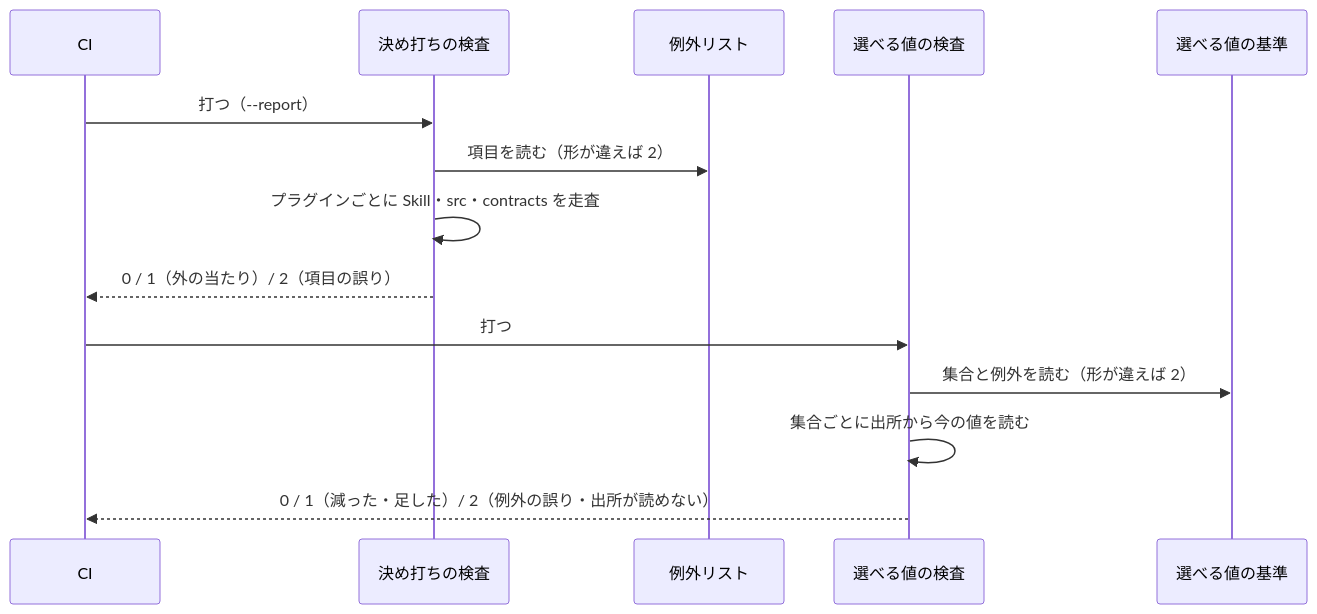
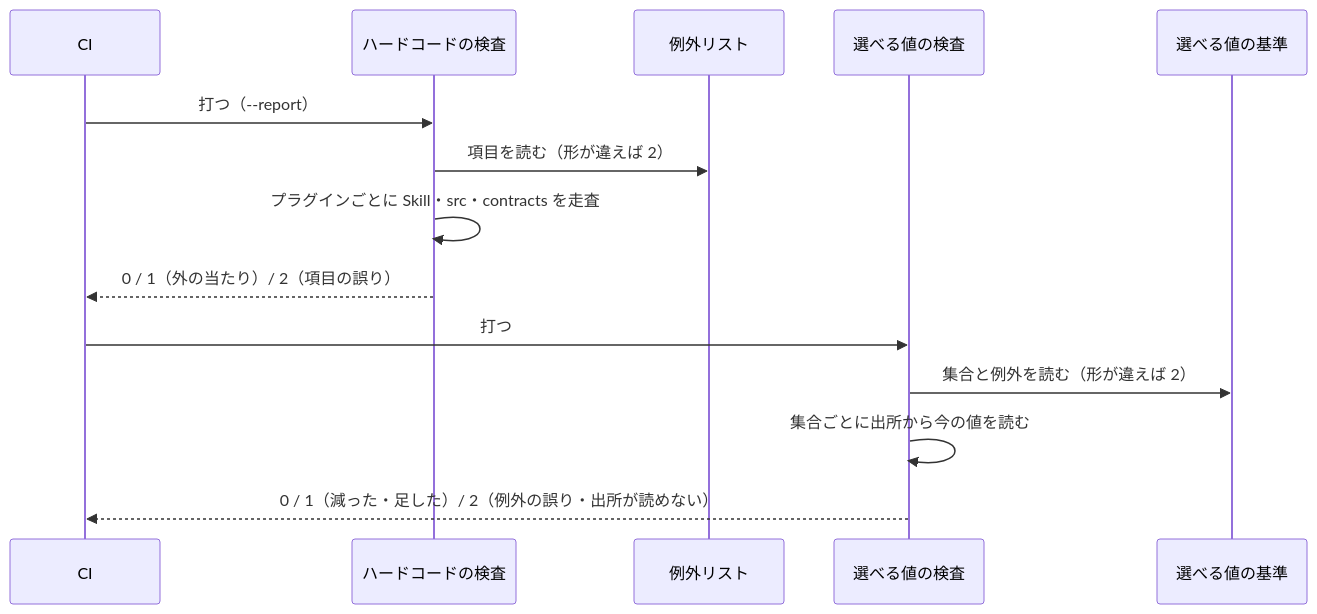
The second of 4 diagrams in issues/issue-3617-design.md (devbasex/ai-plugins), drawn with Mermaid before and after one commit. The commit also changed other lines of this file and 1 other file, not shown here.

````diff
--- a/issues/issue-3617-design.md
+++ b/issues/issue-3617-design.md
@@ -218,16 +244,16 @@
 ```mermaid
 sequenceDiagram
     participant CI
-    participant RA as 決め打ちの検査
+    participant RA as ハードコードの検査
     participant AL as 例外リスト
     participant CH as 選べる値の検査
     participant BL as 選べる値の基準
     CI->>RA: 打つ（--report）
     RA->>AL: 項目を読む（形が違えば 2）
     RA->>RA: プラグインごとに Skill・src・contracts を走査
     RA-->>CI: 0 / 1（外の当たり）/ 2（項目の誤り）
     CI->>CH: 打つ
     CH->>BL: 集合と例外を読む（形が違えば 2）
     CH->>CH: 集合ごとに出所から今の値を読む
     CH-->>CI: 0 / 1（減った・足した）/ 2（例外の誤り・出所が読めない）
 ```
````
